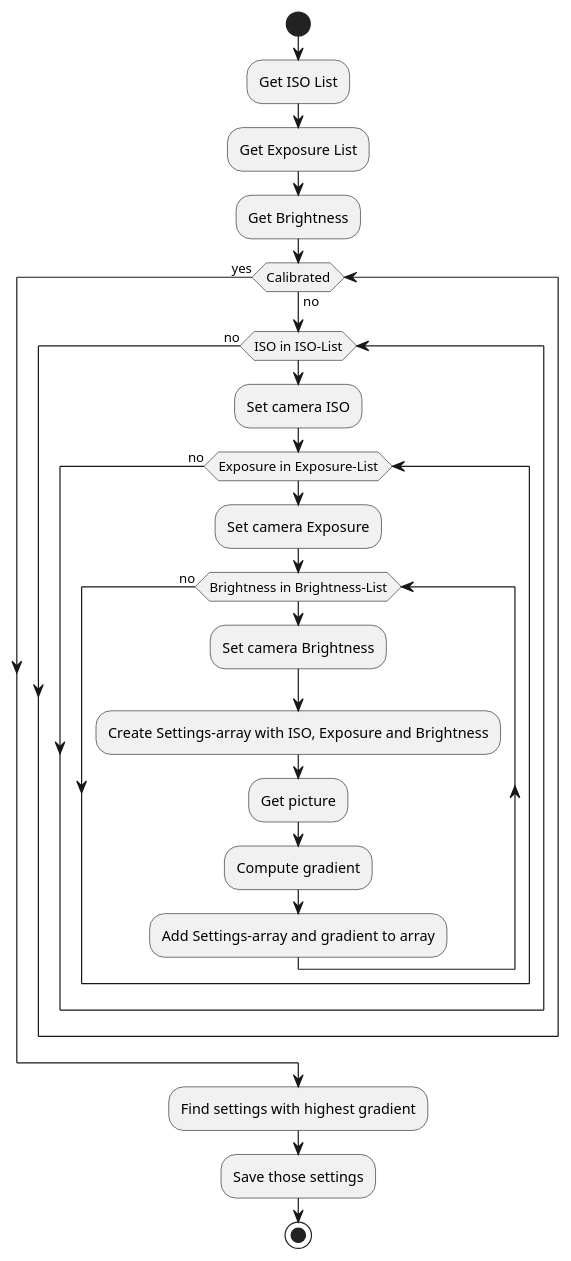
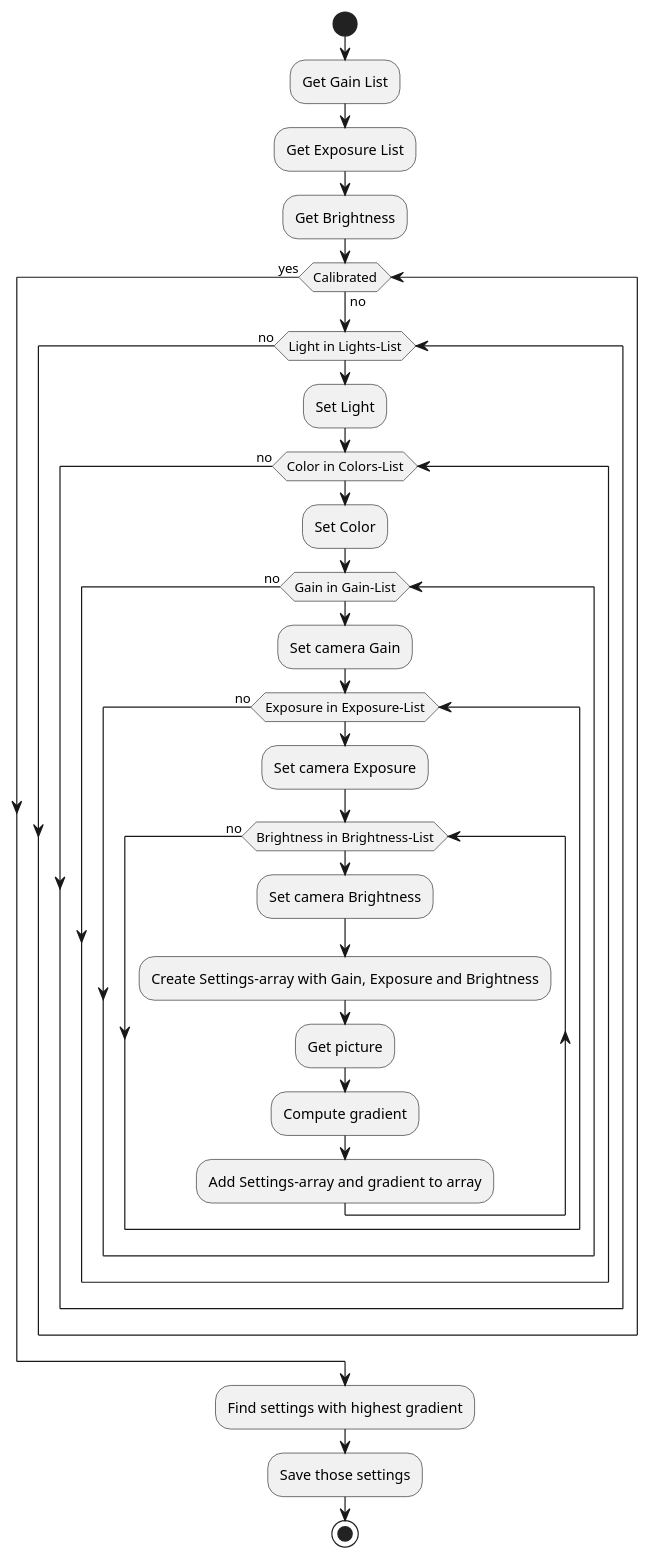
The diagram in diagrams/camera/cameraCalibration.plantuml (rantonet/raspiscope-python), drawn with PlantUML before and after one commit. The commit also changed 8 other files, not shown here.

```diff
--- a/diagrams/camera/cameraCalibration.plantuml
+++ b/diagrams/camera/cameraCalibration.plantuml
@@ -1,24 +1,30 @@
 @startuml Camera Calibration
 start
-:Get ISO List;
+:Get Gain List;
 :Get Exposure List;
 :Get Brightness;
 while (Calibrated) is (no)
-    while (ISO in ISO-List)
-        :Set camera ISO;
-        while (Exposure in Exposure-List)
-            :Set camera Exposure;
-            while (Brightness in Brightness-List)
-                :Set camera Brightness;
-                :Create Settings-array with ISO, Exposure and Brightness;
-                :Get picture;
-                :Compute gradient;
-                :Add Settings-array and gradient to array;
+    while (Light in Lights-List)
+        :Set Light;
+        while (Color in Colors-List)
+            :Set Color;
+            while (Gain in Gain-List)
+                :Set camera Gain;
+                while (Exposure in Exposure-List)
+                    :Set camera Exposure;
+                    while (Brightness in Brightness-List)
+                        :Set camera Brightness;
+                        :Create Settings-array with Gain, Exposure and Brightness;
+                        :Get picture;
+                        :Compute gradient;
+                        :Add Settings-array and gradient to array;
+                    endwhile (no)
+                endwhile (no)
             endwhile (no)
         endwhile (no)
     endwhile (no)
 endwhile (yes)
 :Find settings with highest gradient;
 :Save those settings;
 stop
 @enduml
```
